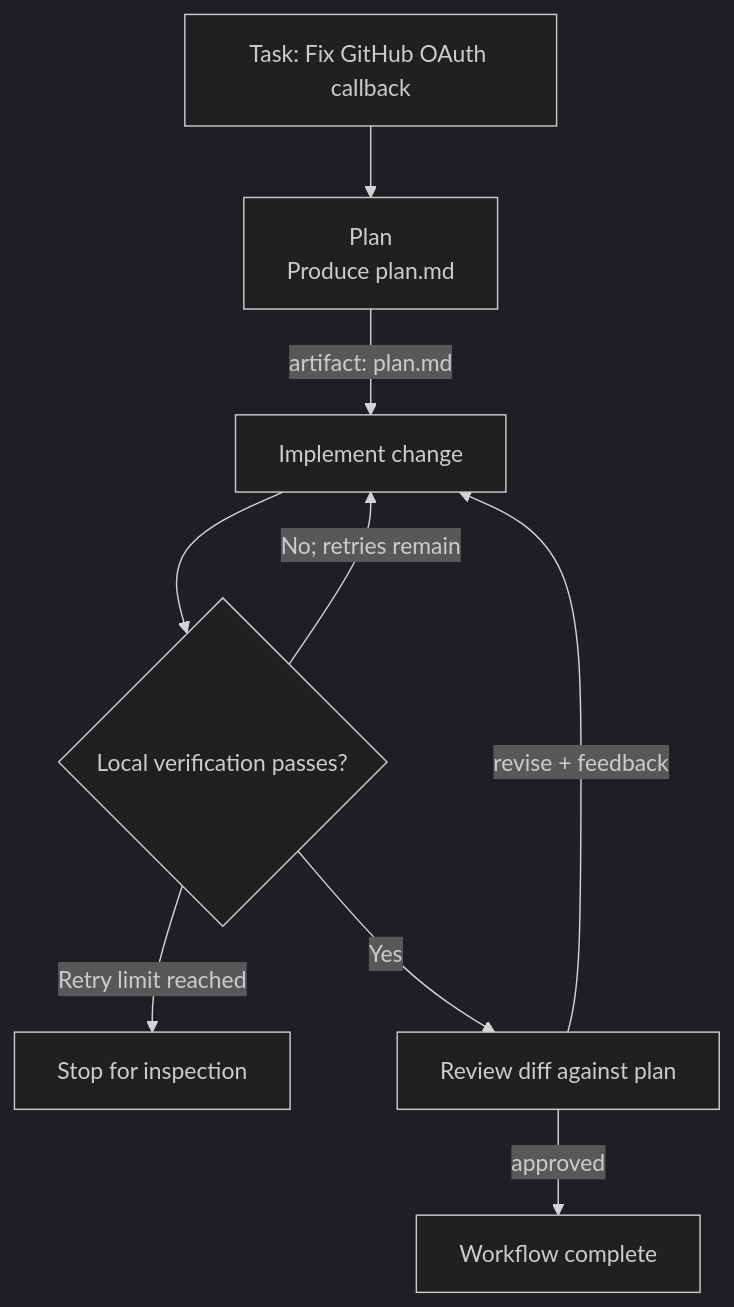
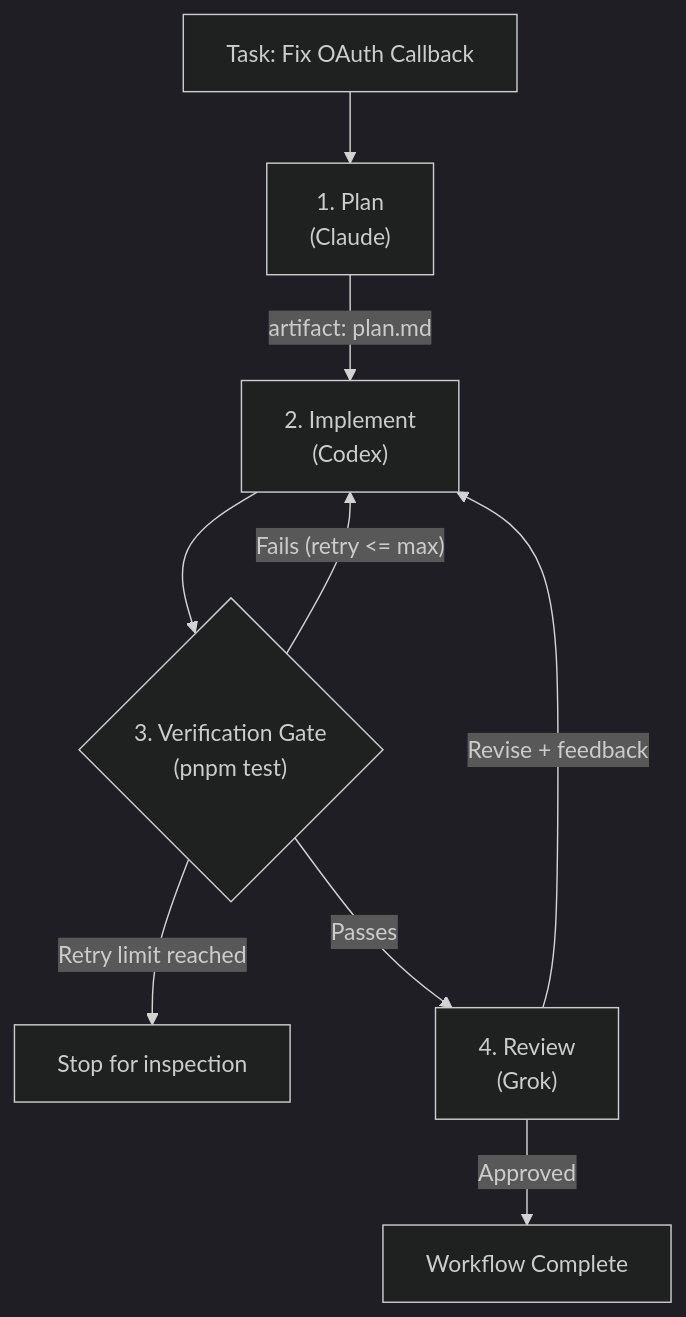
One commit to nodeint/migent changed the diagram in README.md. Above: the diagram before and after it, drawn with Mermaid (dark theme). The commit also changed other lines of this file, not shown here.

Commit message:
Revise README for clarity and structure, emphasizing autonomous engineering pipelines and multi-agent orchestration.

````diff
--- a/README.md
+++ b/README.md
@@ -102,11 +87,11 @@
 ```mermaid
 flowchart TD
-    Task["Task: Fix GitHub OAuth callback"] --> Plan["Plan\nProduce plan.md"]
-    Plan -->|"artifact: plan.md"| Implement["Implement change"]
-    Implement --> Verify{"Local verification passes?"}
-    Verify -->|"No; retries remain"| Implement
-    Verify -->|"Retry limit reached"| Stopped["Stop for inspection"]
-    Verify -->|"Yes"| Review["Review diff against plan"]
-    Review -->|"revise + feedback"| Implement
-    Review -->|"approved"| Done["Workflow complete"]
+    Task["Task: Fix OAuth Callback"] --> Plan["1. Plan\n(Claude)"]
+    Plan -->|"artifact: plan.md"| Implement["2. Implement\n(Codex)"]
+    Implement --> Verify{"3. Verification Gate\n(pnpm test)"}
+    Verify -->|"Fails (retry <= max)"| Implement
+    Verify -->|"Retry limit reached"| Blocked["Stop for inspection"]
+    Verify -->|"Passes"| Review["4. Review\n(Grok)"]
+    Review -->|"Revise + feedback"| Implement
+    Review -->|"Approved"| Done["Workflow Complete"]
 ```
````
